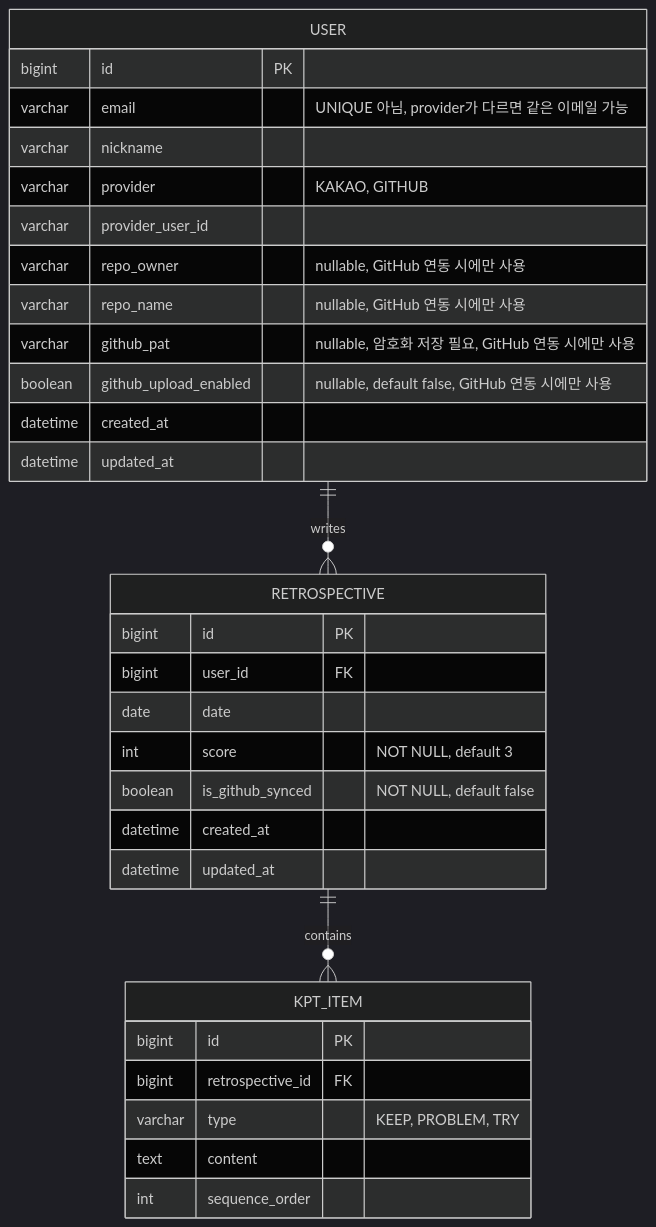
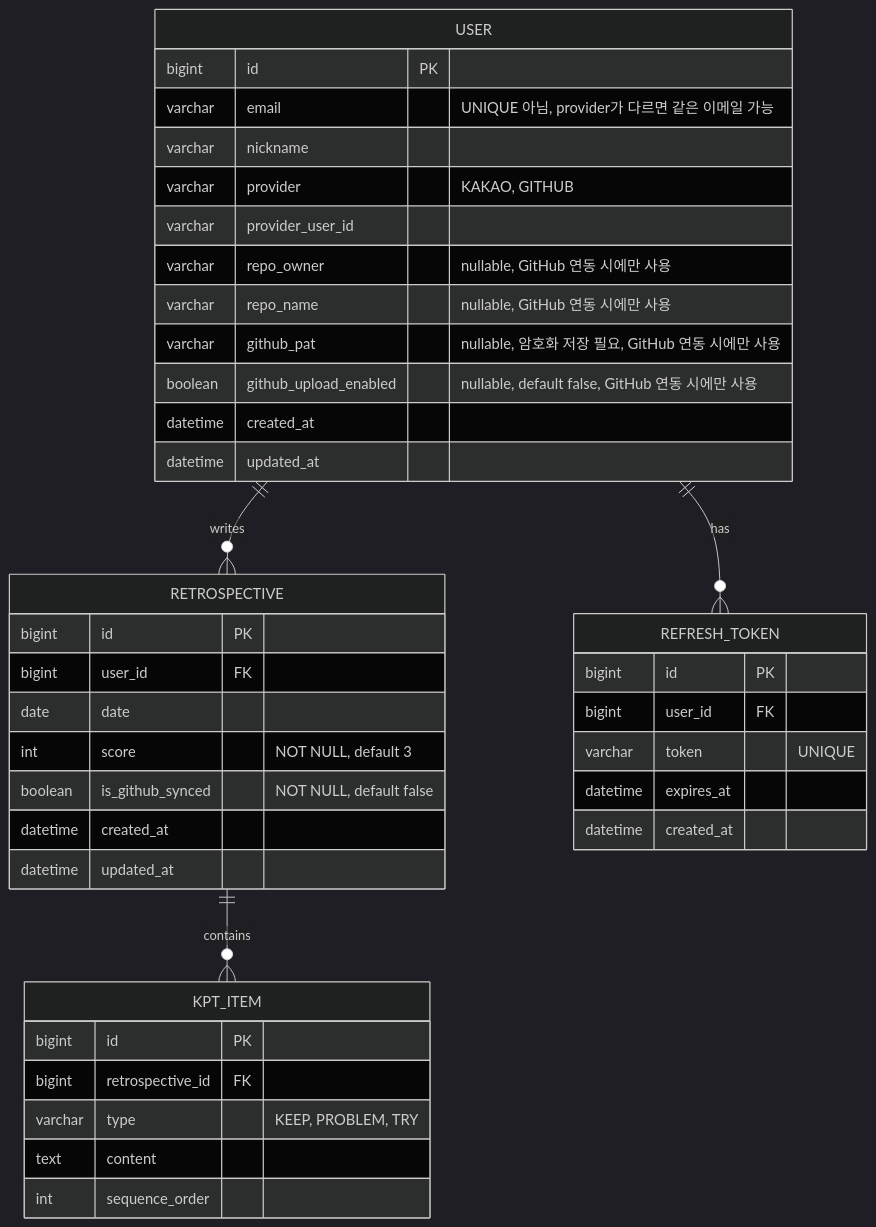
One commit to rnk00/retrospection changed the first of 2 diagrams in docs/02. erd.md. Above: the diagram before and after it, drawn with Mermaid (dark theme). The commit also changed other lines of this file and 19 other files, not shown here.

````diff
--- a/docs/02. erd.md
+++ b/docs/02. erd.md
@@ -258,37 +287,46 @@
 ```mermaid
 erDiagram
     USER ||--o{ RETROSPECTIVE : writes
+    USER ||--o{ REFRESH_TOKEN : has
     RETROSPECTIVE ||--o{ KPT_ITEM : contains
+
+    REFRESH_TOKEN {
+        bigint id PK
+        bigint user_id FK
+        varchar token "UNIQUE"
+        datetime expires_at
+        datetime created_at
+    }
 
     USER {
         bigint id PK
         varchar email "UNIQUE 아님, provider가 다르면 같은 이메일 가능"
         varchar nickname
         varchar provider "KAKAO, GITHUB"
         varchar provider_user_id
         varchar repo_owner "nullable, GitHub 연동 시에만 사용"
         varchar repo_name "nullable, GitHub 연동 시에만 사용"
         varchar github_pat "nullable, 암호화 저장 필요, GitHub 연동 시에만 사용"
         boolean github_upload_enabled "nullable, default false, GitHub 연동 시에만 사용"
         datetime created_at
         datetime updated_at
     }
 
     RETROSPECTIVE {
         bigint id PK
         bigint user_id FK
         date date
         int score "NOT NULL, default 3"
         boolean is_github_synced "NOT NULL, default false"
         datetime created_at
         datetime updated_at
     }
 
     KPT_ITEM {
         bigint id PK
         bigint retrospective_id FK
         varchar type "KEEP, PROBLEM, TRY"
         text content
         int sequence_order
     }
 ```
````
